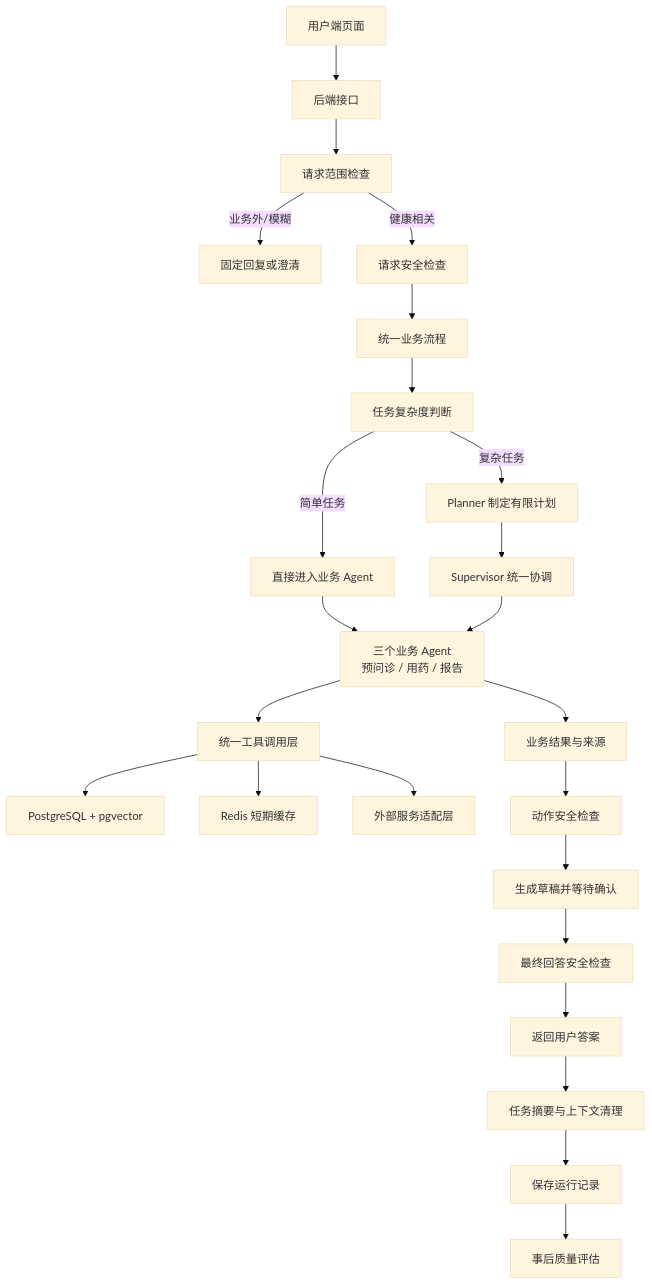
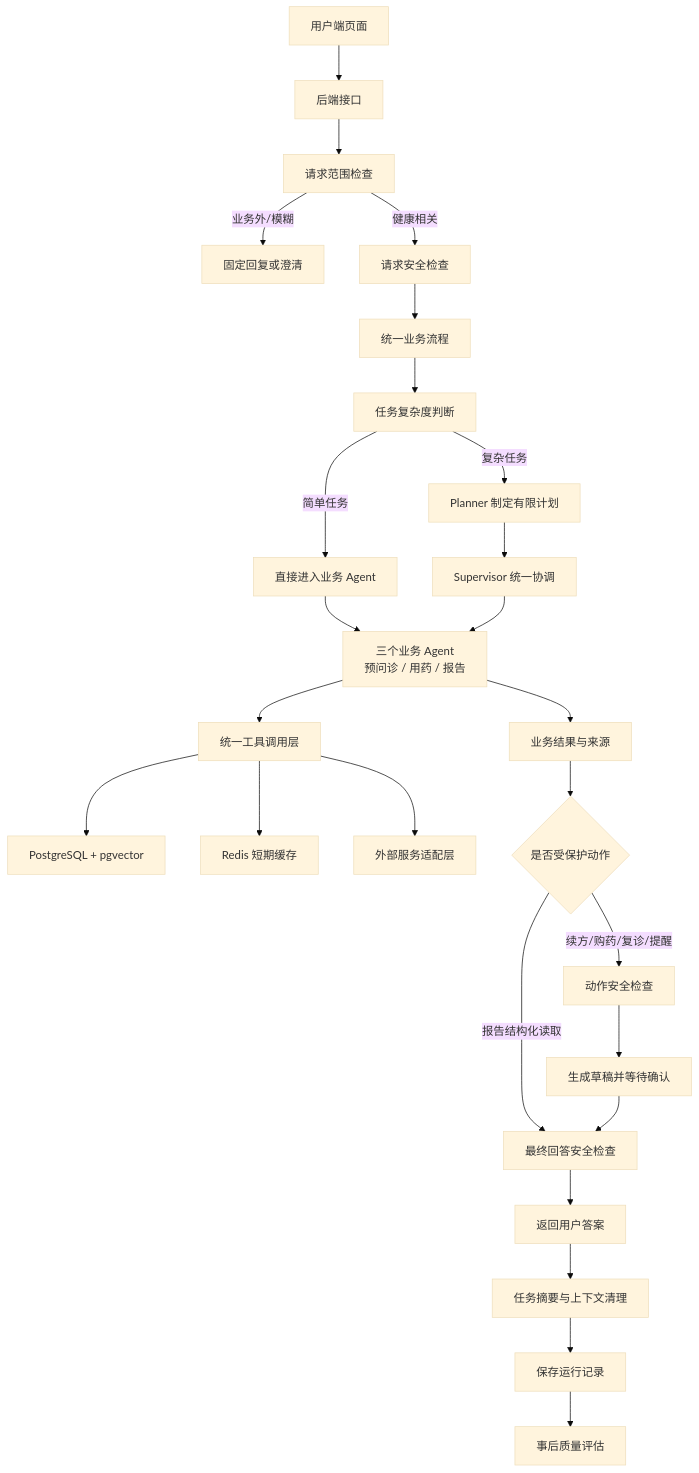
Before and after one commit to dadiaochen/hospital-agent: the first of 2 diagrams in README.md, drawn with Mermaid (base theme). The commit also changed other lines of this file and 1 other file, not shown here.

````diff
--- a/README.md
+++ b/README.md
@@ -29,26 +30,28 @@
 ```mermaid
 flowchart TB
     UI["用户端页面"] --> API["后端接口"]
     API --> SCOPE["请求范围检查"]
     SCOPE -->|"业务外/模糊"| END["固定回复或澄清"]
     SCOPE -->|"健康相关"| GUARD1["请求安全检查"]
     GUARD1 --> GRAPH["统一业务流程"]
     GRAPH --> ROUTER["任务复杂度判断"]
     ROUTER -->|"简单任务"| DIRECT["直接进入业务 Agent"]
     ROUTER -->|"复杂任务"| PLAN["Planner 制定有限计划"]
     PLAN --> SUP["Supervisor 统一协调"]
     DIRECT --> DOMAIN["三个业务 Agent\n预问诊 / 用药 / 报告"]
     SUP --> DOMAIN
     DOMAIN --> TOOLS["统一工具调用层"]
     TOOLS --> DB["PostgreSQL + pgvector"]
     TOOLS --> CACHE["Redis 短期缓存"]
     TOOLS --> PROVIDERS["外部服务适配层"]
     DOMAIN --> RESULT["业务结果与来源"]
-    RESULT --> GUARD2["动作安全检查"]
+    RESULT --> ACTION{"是否受保护动作"}
+    ACTION -->|"续方/购药/复诊/提醒"| GUARD2["动作安全检查"]
     GUARD2 --> CONFIRM["生成草稿并等待确认"]
-    CONFIRM --> GUARD3["最终回答安全检查"]
+    ACTION -->|"报告结构化读取"| GUARD3["最终回答安全检查"]
+    CONFIRM --> GUARD3
     GUARD3 --> ANSWER["返回用户答案"]
     ANSWER --> CTX["任务摘要与上下文清理"]
     CTX --> TRACE["保存运行记录"]
     TRACE --> EVAL["事后质量评估"]
 ```
````
